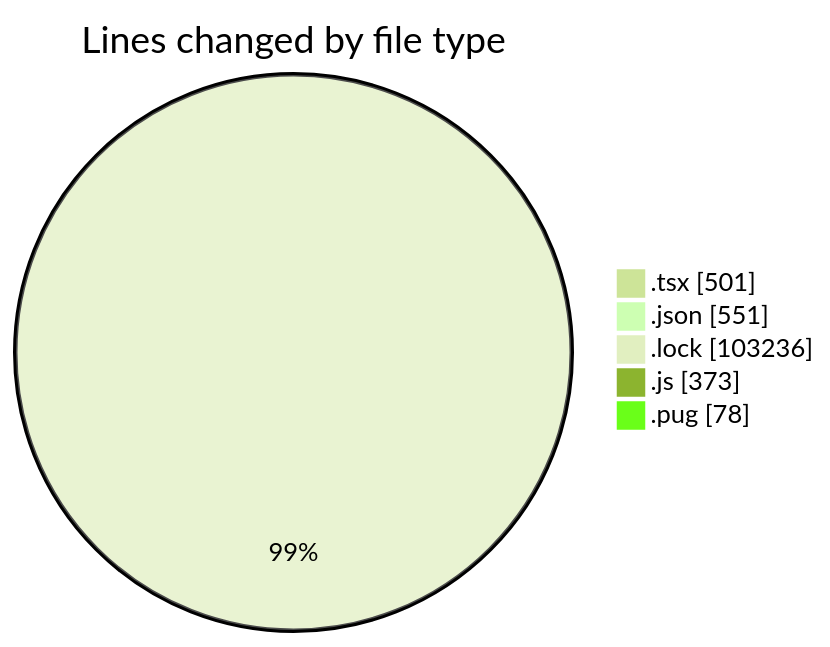
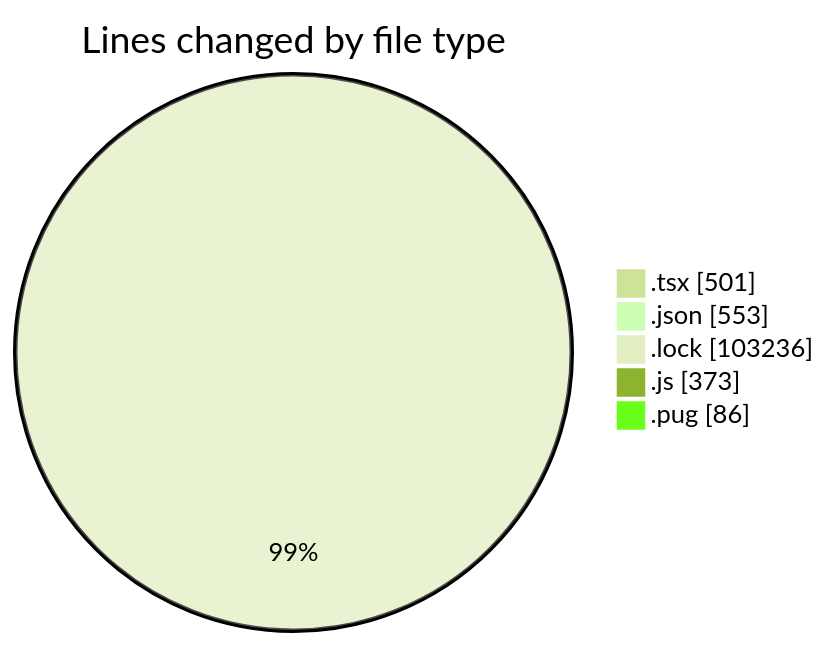
The first of 2 diagrams in 2025-03-10/cda/README.md (momahboobian/code-tracking), drawn with Mermaid (forest theme) before and after one commit. The commit also changed other lines of this file and 1 other file, not shown here.

````diff
--- a/2025-03-10/cda/README.md
+++ b/2025-03-10/cda/README.md
@@ -45,9 +45,9 @@
 ```mermaid
 pie showData
 title Lines changed by file type
 ".tsx" : 501
-".json" : 551
+".json" : 553
 ".lock" : 103236
 ".js" : 373
-".pug" : 78
+".pug" : 86
 ```
````
